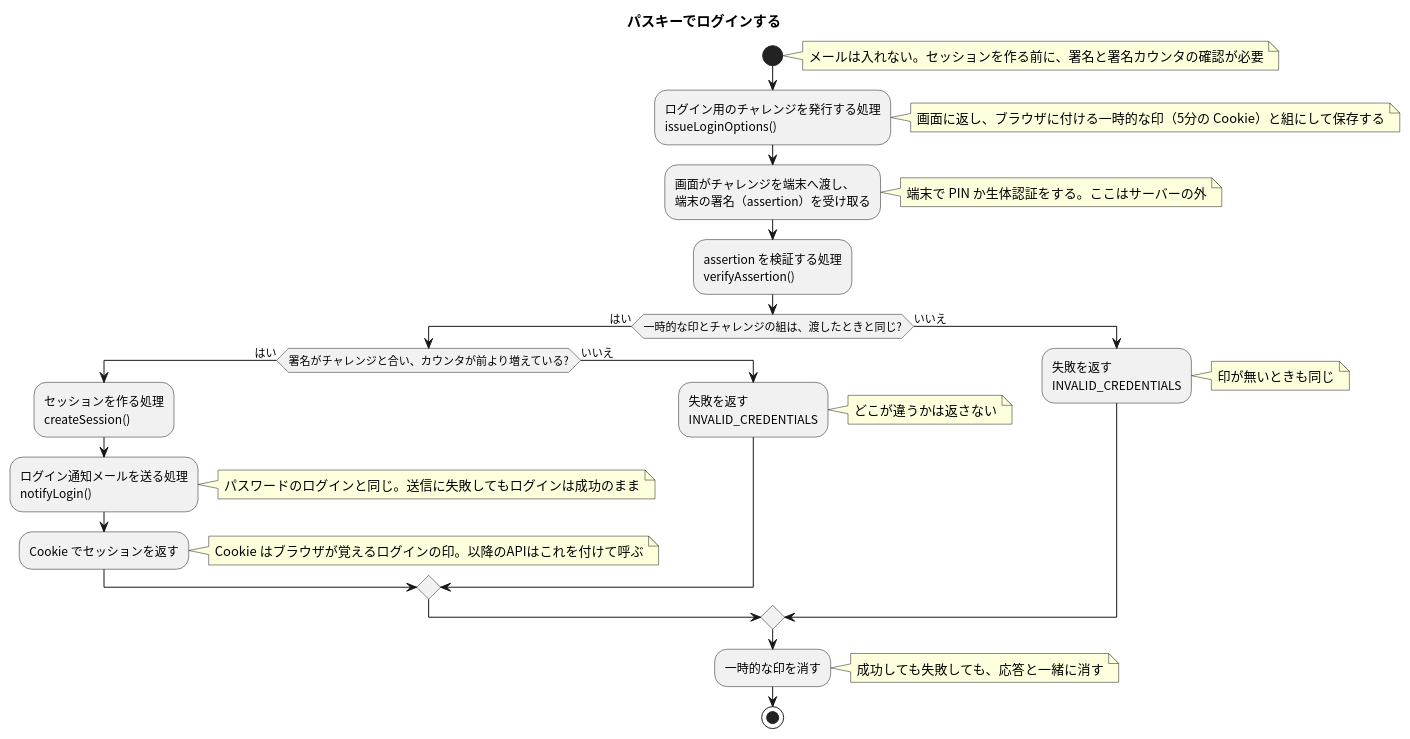
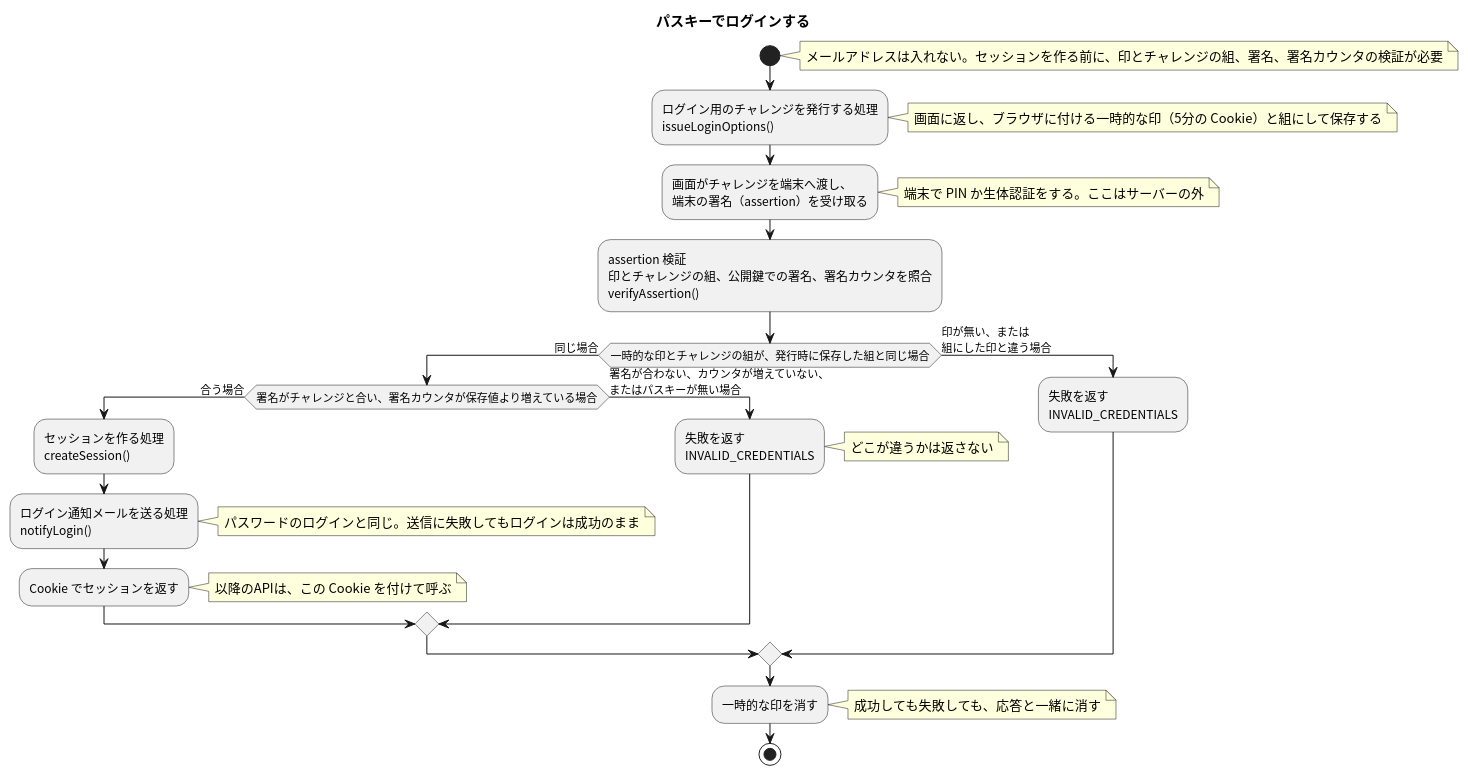
The diagram in apis/login-passkey/flow.puml (masamasamasato/design-doc-template), drawn with PlantUML before and after one commit. The commit also changed 113 other files, not shown here.

```diff
--- a/apis/login-passkey/flow.puml
+++ b/apis/login-passkey/flow.puml
@@ -3,33 +3,32 @@
 @startuml
 skinparam shadowing false
 skinparam defaultFontName "Noto Sans CJK JP"
 skinparam ActivityFontName "Noto Sans CJK JP"
 
 title パスキーでログインする
 
 start
-note right: メールは入れない。セッションを作る前に、署名と署名カウンタの確認が必要
+note right: メールアドレスは入れない。セッションを作る前に、印とチャレンジの組、署名、署名カウンタの検証が必要
 :ログイン用のチャレンジを発行する処理\nissueLoginOptions();
 note right: 画面に返し、ブラウザに付ける一時的な印（5分の Cookie）と組にして保存する
 :画面がチャレンジを端末へ渡し、\n端末の署名（assertion）を受け取る;
 note right: 端末で PIN か生体認証をする。ここはサーバーの外
-:assertion を検証する処理\nverifyAssertion();
-if (一時的な印とチャレンジの組は、渡したときと同じ?) then (はい)
-  if (署名がチャレンジと合い、カウンタが前より増えている?) then (はい)
+:assertion 検証\n印とチャレンジの組、公開鍵での署名、署名カウンタを照合\nverifyAssertion();
+if (一時的な印とチャレンジの組が、発行時に保存した組と同じ場合) then (同じ場合)
+  if (署名がチャレンジと合い、署名カウンタが保存値より増えている場合) then (合う場合)
     :セッションを作る処理\ncreateSession();
     :ログイン通知メールを送る処理\nnotifyLogin();
     note right: パスワードのログインと同じ。送信に失敗してもログインは成功のまま
     :Cookie でセッションを返す;
-    note right: Cookie はブラウザが覚えるログインの印。以降のAPIはこれを付けて呼ぶ
-  else (いいえ)
+    note right: 以降のAPIは、この Cookie を付けて呼ぶ
+  else (署名が合わない、カウンタが増えていない、\nまたはパスキーが無い場合)
     :失敗を返す\nINVALID_CREDENTIALS;
     note right: どこが違うかは返さない
   endif
-else (いいえ)
+else (印が無い、または\n組にした印と違う場合)
   :失敗を返す\nINVALID_CREDENTIALS;
-  note right: 印が無いときも同じ
 endif
 :一時的な印を消す;
 note right: 成功しても失敗しても、応答と一緒に消す
 stop
 @enduml
```
